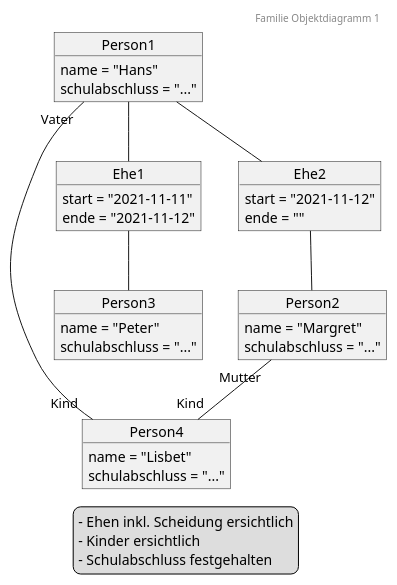
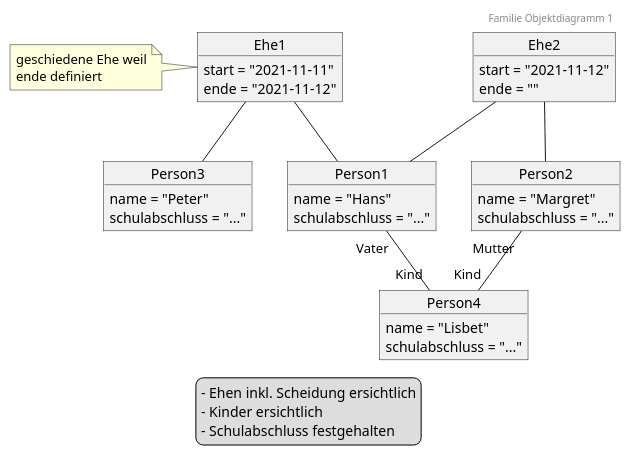
Before and after one commit to rb-bbw/M153_Familie: the diagram in Familie Objekt 1.puml, drawn with PlantUML. The commit also changed 1 other file, not shown here.

```diff
--- a/Familie Objekt 1.puml
+++ b/Familie Objekt 1.puml
@@ -1,45 +1,48 @@
 @startuml
 'https://plantuml.com/object-diagram
 header Familie Objektdiagramm 1
-
-legend
-- Ehen inkl. Scheidung ersichtlich
-- Kinder ersichtlich
-- Schulabschluss festgehalten
-end legend
 
 object Person1 {
     name = "Hans"
     schulabschluss = "..."
 }
 object Person2 {
     name = "Margret"
     schulabschluss = "..."
 }
 object Person3 {
     name = "Peter"
     schulabschluss = "..."
 }
 object Person4 {
     name = "Lisbet"
     schulabschluss = "..."
 }
 object Ehe1 {
     start = "2021-11-11"
     ende = "2021-11-12"
 }
 object Ehe2 {
     start = "2021-11-12"
     ende = ""
 }
 
-Person1 -- Ehe2
+Ehe2 -- Person1
 Ehe2 -- Person2
 
-Person1 -- Ehe1
+Ehe1 -- Person1
 Ehe1 -- Person3
 
 Person1 "Vater" -- "Kind" Person4
 Person2 "Mutter" -- "Kind" Person4
 
+note "geschiedene Ehe weil\nende definiert" as N1
+N1 - Ehe1
+
+legend
+- Ehen inkl. Scheidung ersichtlich
+- Kinder ersichtlich
+- Schulabschluss festgehalten
+end legend
+
 @enduml
```
